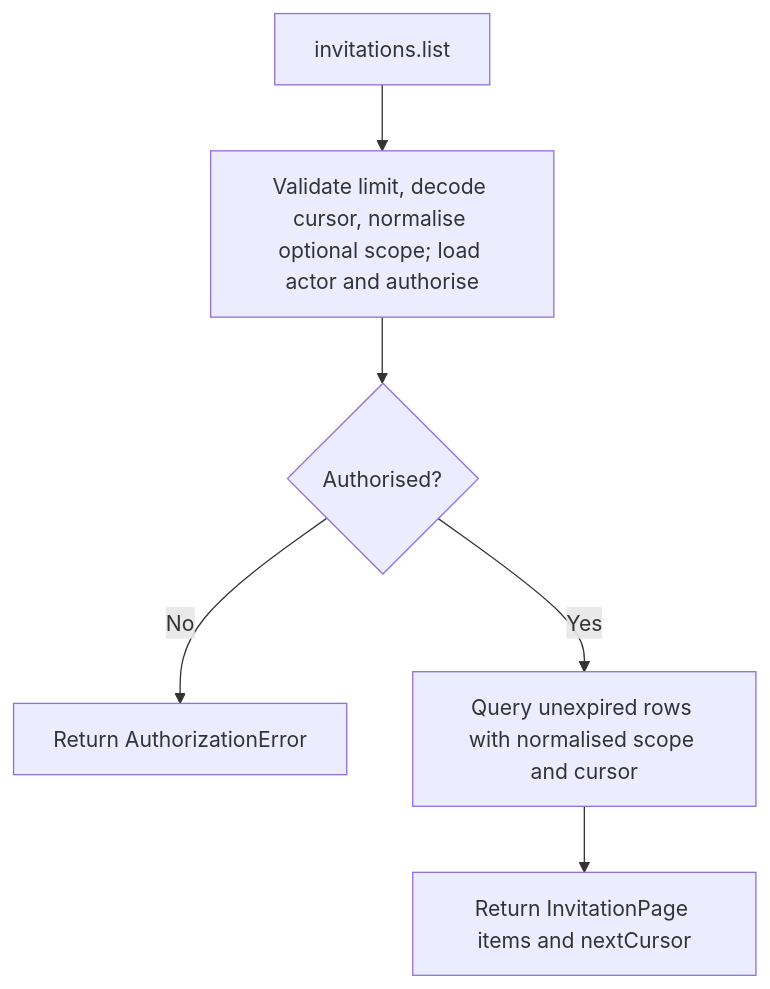
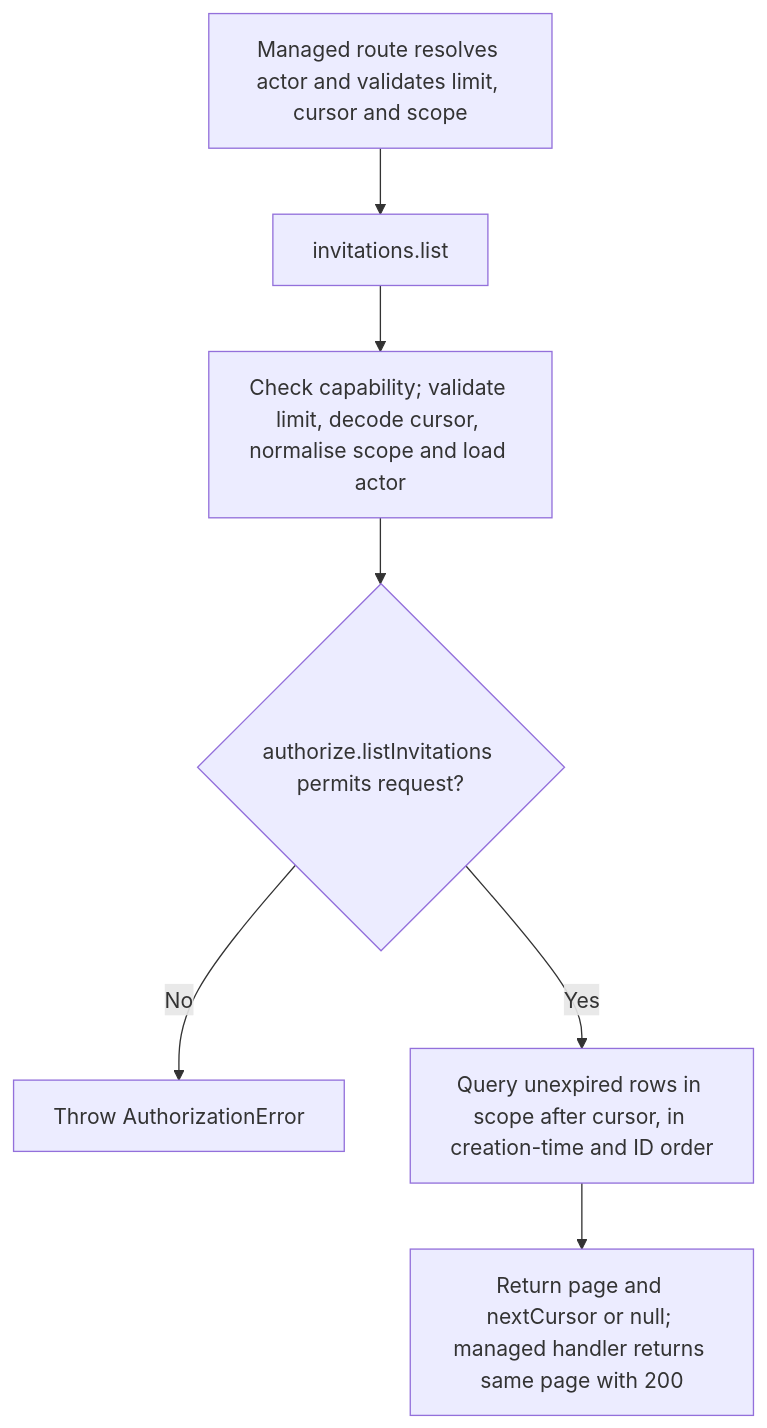
Before and after one commit to Kevinjohn/oss-adonisjs-account-kit: the second of 2 diagrams in user-stories/US-ACCOUNT-10-list-invitations.md, drawn with Mermaid. The commit also changed other lines of this file and 70 other files, not shown here.

````diff
--- a/user-stories/US-ACCOUNT-10-list-invitations.md
+++ b/user-stories/US-ACCOUNT-10-list-invitations.md
@@ -30,8 +30,9 @@
 ```mermaid
 flowchart TD
- A["invitations.list"] --> B["Validate limit, decode cursor, normalise optional scope; load actor and authorise"]
- B --> C{"Authorised?"}
- C -->|No| D["Return AuthorizationError"]
- C -->|Yes| E["Query unexpired rows with normalised scope and cursor"]
- E --> F["Return InvitationPage items and nextCursor"]
+  M["Managed route resolves actor and validates limit, cursor and scope"] --> A["invitations.list"]
+  A --> B["Check capability; validate limit, decode cursor, normalise scope and load actor"]
+  B --> C{"authorize.listInvitations permits request?"}
+  C -->|No| D["Throw AuthorizationError"]
+  C -->|Yes| E["Query unexpired rows in scope after cursor, in creation-time and ID order"]
+  E --> F["Return page and nextCursor or null; managed handler returns same page with 200"]
 ```
````
